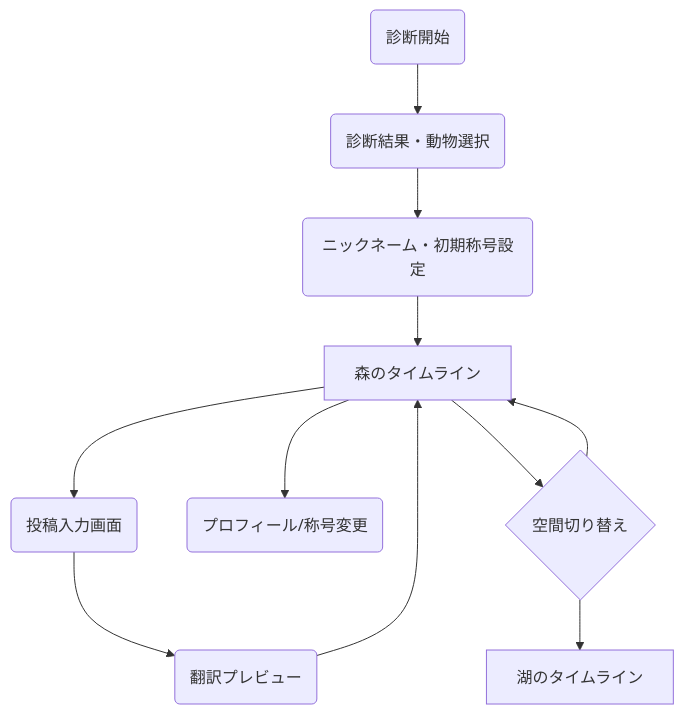
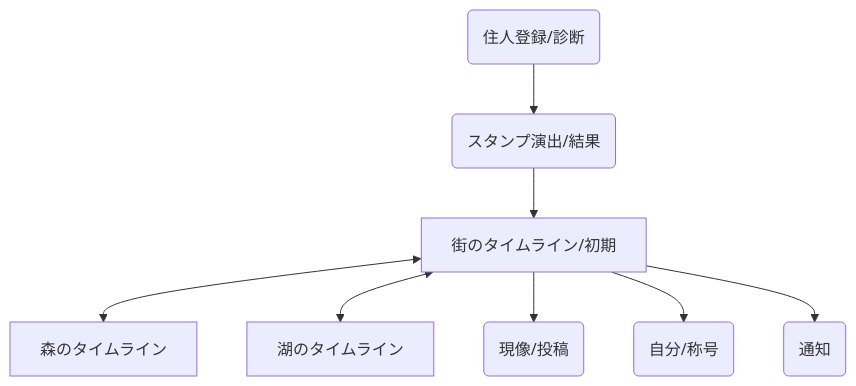
The diagram in docs/output/detailed_requirements_specification.md (yamamotonanami/animal-world-sns), drawn with Mermaid before and after one commit. The commit also changed other lines of this file and 9 other files, not shown here.

````diff
--- a/docs/output/detailed_requirements_specification.md
+++ b/docs/output/detailed_requirements_specification.md
@@ -67,13 +55,10 @@
 ```mermaid
 graph TD
-    Start(診断開始) --> Result(診断結果・動物選択)
-    Result --> ProfileSetup(ニックネーム・初期称号設定)
-    ProfileSetup --> Timeline[森のタイムライン]
-    Timeline --> PostInput(投稿入力画面)
-    PostInput --> PostPreview(翻訳プレビュー)
-    PostPreview --> Timeline
-    Timeline --> Profile(プロフィール/称号変更)
-    Timeline --> SpaceSwitch{空間切り替え}
-    SpaceSwitch --> Timeline
-    SpaceSwitch --> LakeTimeline[湖のタイムライン]
+    Start(住人登録/診断) --> Stamp(スタンプ演出/結果)
+    Stamp --> TimelineTown[街のタイムライン/初期]
+    TimelineTown <--> TimelineForest[森のタイムライン]
+    TimelineTown <--> TimelineLake[湖のタイムライン]
+    TimelineTown --> Post(現像/投稿)
+    TimelineTown --> Profile(自分/称号)
+    TimelineTown --> Notifications(通知)
 ```
````
